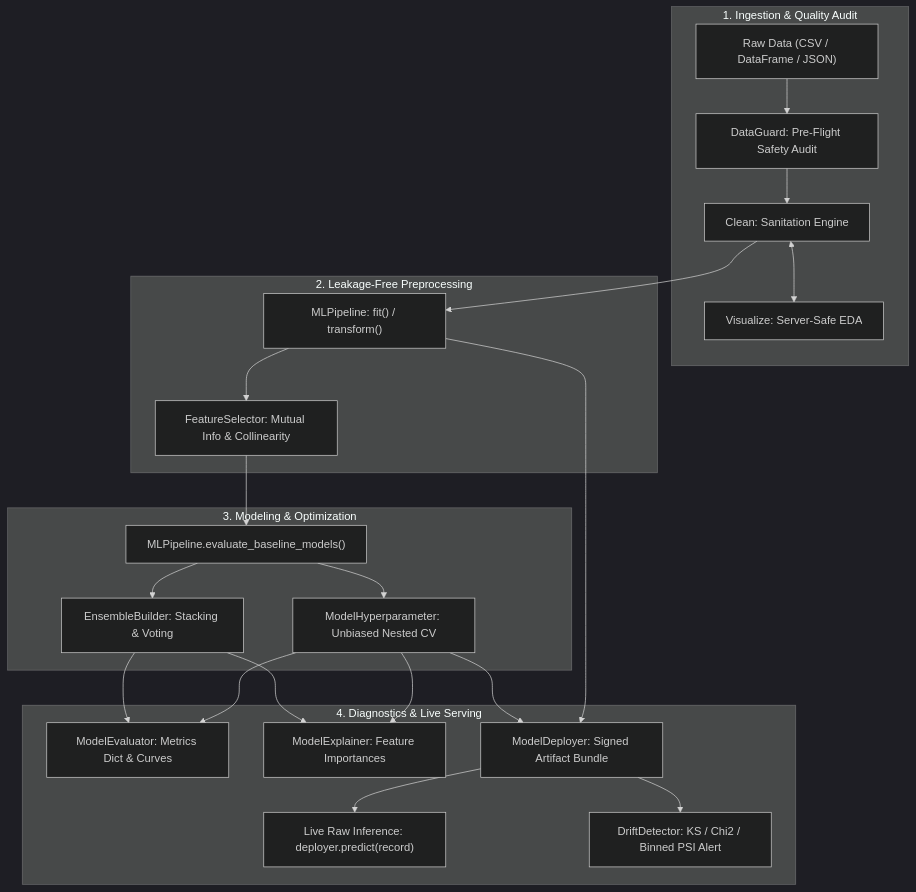
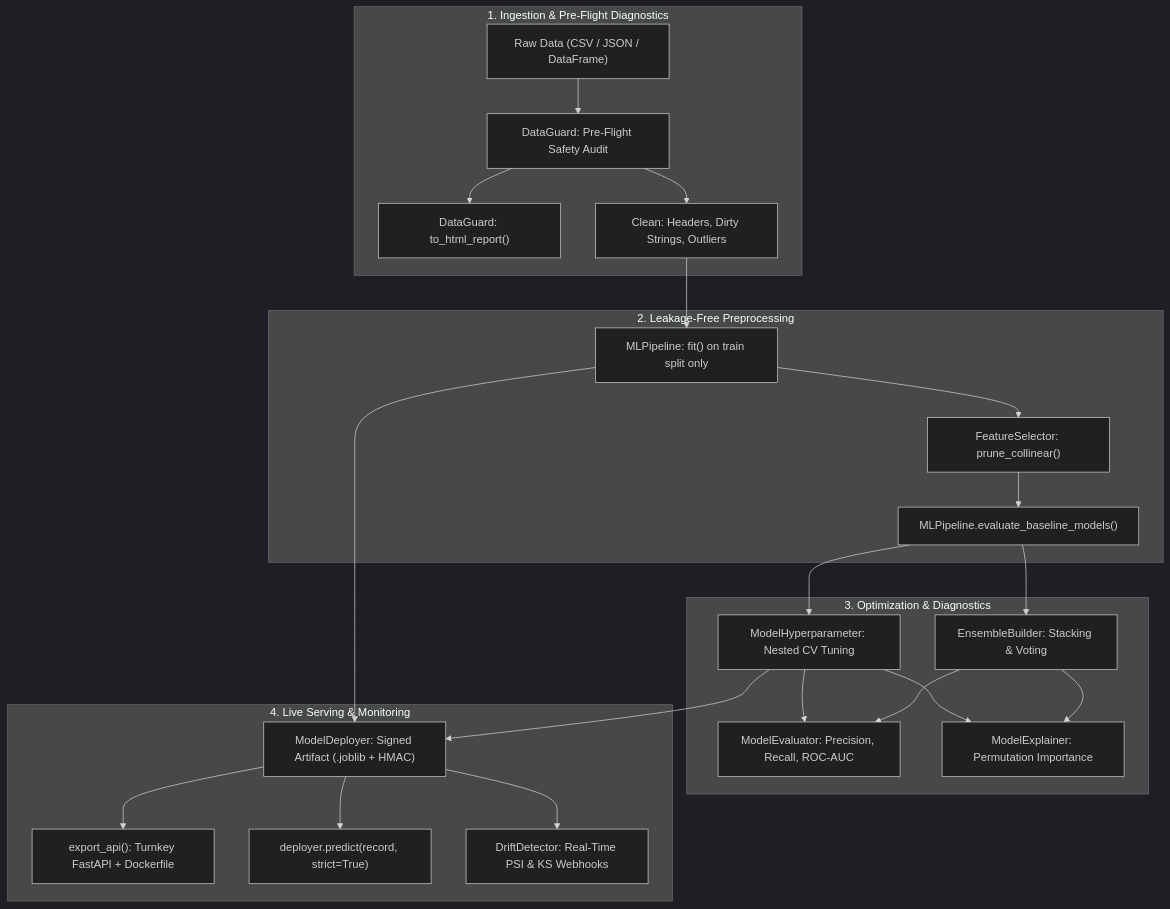
Before and after one commit to Uwais-ML/Serverlex: the diagram in README.md, drawn with Mermaid (dark theme). The commit also changed other lines of this file and 10 other files, not shown here.

````diff
--- a/README.md
+++ b/README.md
@@ -44,27 +69,28 @@
 ```mermaid
 flowchart TD
-    subgraph 1. Ingestion & Quality Audit
-        A["Raw Data (CSV / DataFrame / JSON)"] --> B["DataGuard: Pre-Flight Safety Audit"]
-        B --> C["Clean: Sanitation Engine"]
-        C <--> D["Visualize: Server-Safe EDA"]
+    subgraph 1. Ingestion & Pre-Flight Diagnostics
+        A["Raw Data (CSV / JSON / DataFrame)"] --> B["DataGuard: Pre-Flight Safety Audit"]
+        B --> C["DataGuard: to_html_report()"]
+        B --> D["Clean: Headers, Dirty Strings, Outliers"]
     end
 
     subgraph 2. Leakage-Free Preprocessing
-        C --> E["MLPipeline: fit() / transform()"]
-        E --> F["FeatureSelector: Mutual Info & Collinearity"]
+        D --> E["MLPipeline: fit() on train split only"]
+        E --> F["FeatureSelector: prune_collinear()"]
+        F --> G["MLPipeline.evaluate_baseline_models()"]
     end
 
-    subgraph 3. Modeling & Optimization
-        F --> G["MLPipeline.evaluate_baseline_models()"]
-        G --> H["ModelHyperparameter: Unbiased Nested CV"]
+    subgraph 3. Optimization & Diagnostics
+        G --> H["ModelHyperparameter: Nested CV Tuning"]
         G --> I["EnsembleBuilder: Stacking & Voting"]
+        H & I --> J["ModelEvaluator: Precision, Recall, ROC-AUC"]
+        H & I --> K["ModelExplainer: Permutation Importance"]
     end
 
-    subgraph 4. Diagnostics & Live Serving
-        H & I --> J["ModelEvaluator: Metrics Dict & Curves"]
-        H & I --> K["ModelExplainer: Feature Importances"]
-        E & H --> L["ModelDeployer: Signed Artifact Bundle"]
-        L --> M["Live Raw Inference: deployer.predict(record)"]
-        L --> N["DriftDetector: KS / Chi2 / Binned PSI Alert"]
+    subgraph 4. Live Serving & Monitoring
+        E & H --> L["ModelDeployer: Signed Artifact (.joblib + HMAC)"]
+        L --> M["export_api(): Turnkey FastAPI + Dockerfile"]
+        L --> N["deployer.predict(record, strict=True)"]
+        L --> O["DriftDetector: Real-Time PSI & KS Webhooks"]
     end
 ```
````
